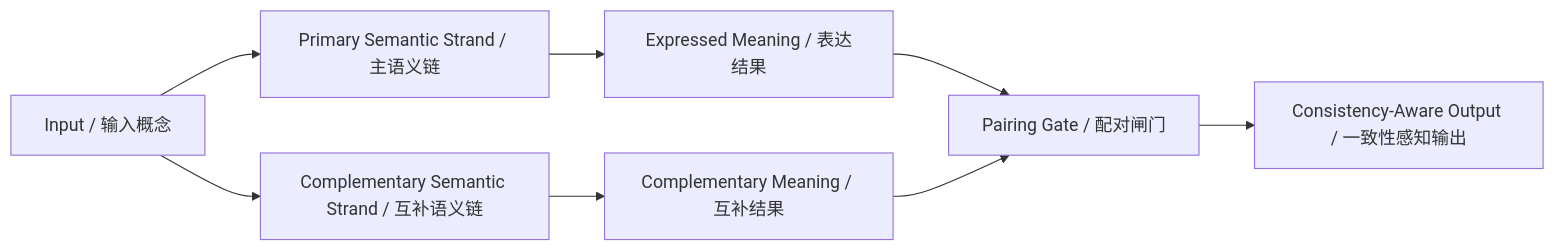
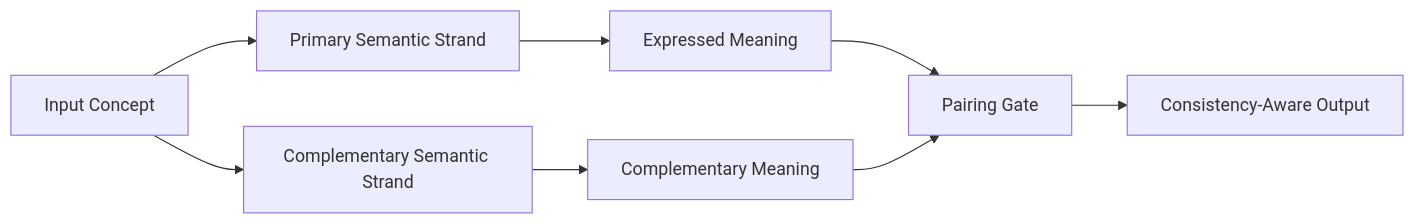
One commit to televgtamfe-coder/HelixForge changed the third of 8 diagrams in README.md. Above: the diagram before and after it, drawn with Mermaid. The commit also changed other lines of this file and 1 other file, not shown here.

````diff
--- a/README.md
+++ b/README.md
@@ -132,10 +114,10 @@
 ```mermaid
 flowchart LR
-    I["Input / 输入概念"] --> A["Primary Semantic Strand / 主语义链"]
-    I --> B["Complementary Semantic Strand / 互补语义链"]
-    A --> X["Expressed Meaning / 表达结果"]
-    B --> Y["Complementary Meaning / 互补结果"]
-    X --> P["Pairing Gate / 配对闸门"]
+    I["Input Concept"] --> A["Primary Semantic Strand"]
+    I --> B["Complementary Semantic Strand"]
+    A --> X["Expressed Meaning"]
+    B --> Y["Complementary Meaning"]
+    X --> P["Pairing Gate"]
     Y --> P
-    P --> O["Consistency-Aware Output / 一致性感知输出"]
+    P --> O["Consistency-Aware Output"]
 ```
````
